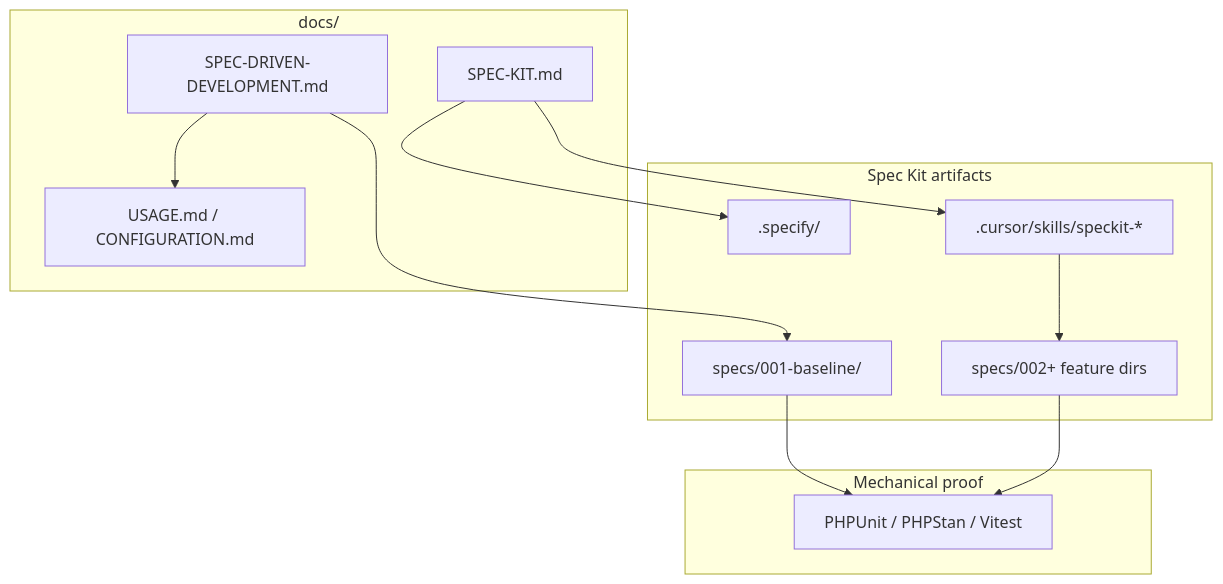
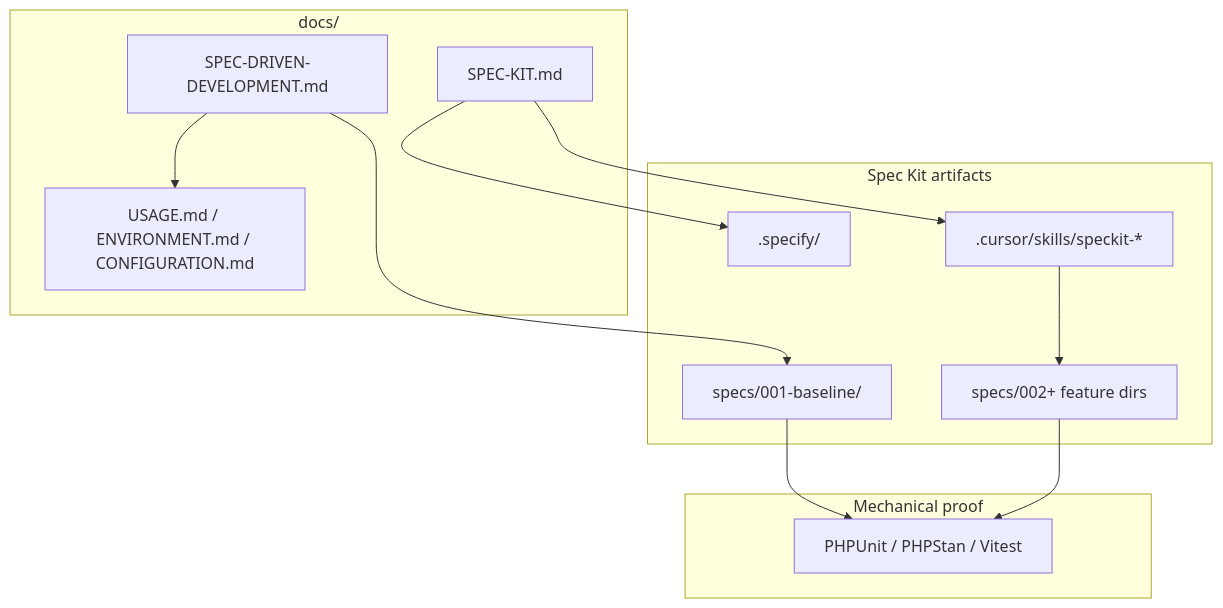
One commit to nowo-tech/HotReloadBundle changed the diagram in docs/SPEC-KIT.md. Above: the diagram before and after it, drawn with Mermaid. The commit also changed other lines of this file and 35 other files, not shown here.

````diff
--- a/docs/SPEC-KIT.md
+++ b/docs/SPEC-KIT.md
@@ -151,24 +152,24 @@
 ```mermaid
 flowchart TB
     subgraph docs [docs/]
         SDD[SPEC-DRIVEN-DEVELOPMENT.md]
         SK[SPEC-KIT.md]
-        USAGE[USAGE.md / CONFIGURATION.md]
+        USAGE[USAGE.md / ENVIRONMENT.md / CONFIGURATION.md]
     end
     subgraph speckit [Spec Kit artifacts]
         SPECIFY[.specify/]
         SKILLS[.cursor/skills/speckit-*]
         BASE[specs/001-baseline/]
         FEAT[specs/002+ feature dirs]
     end
     subgraph proof [Mechanical proof]
         TESTS[PHPUnit / PHPStan / Vitest]
     end
     SK --> SPECIFY
     SK --> SKILLS
     SDD --> BASE
     SDD --> USAGE
     BASE --> TESTS
     FEAT --> TESTS
     SKILLS --> FEAT
 ```
````
